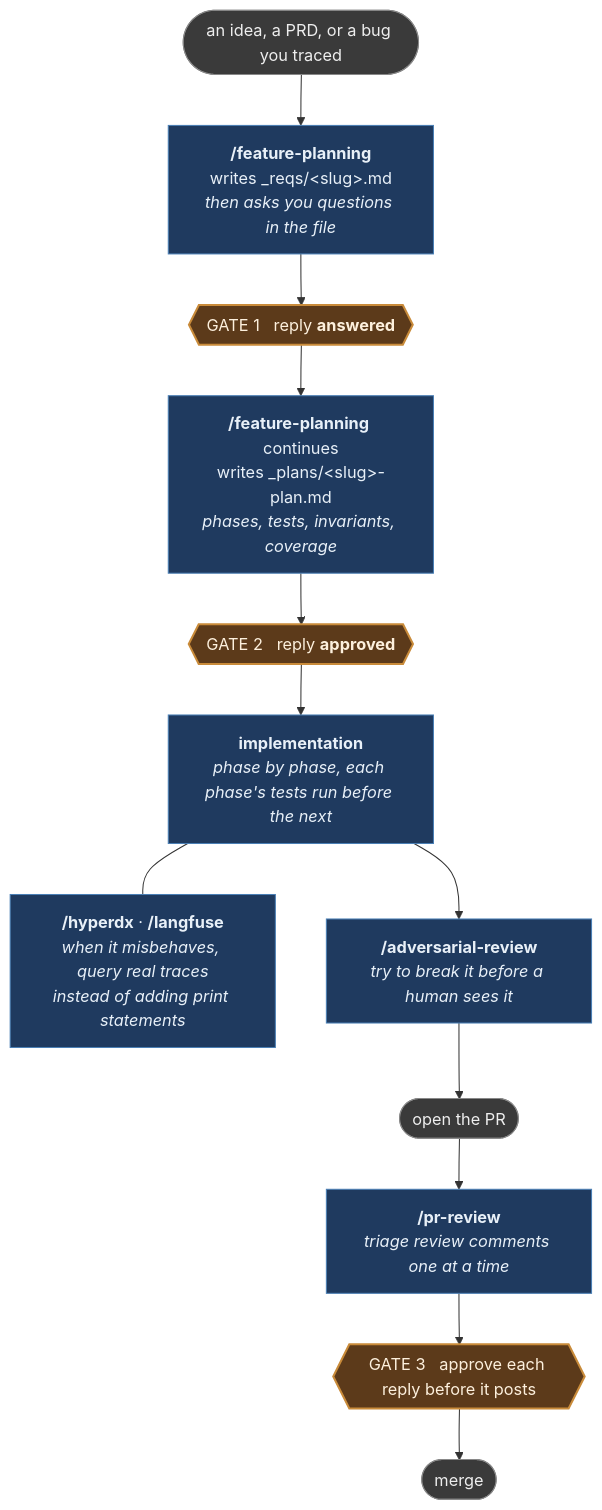
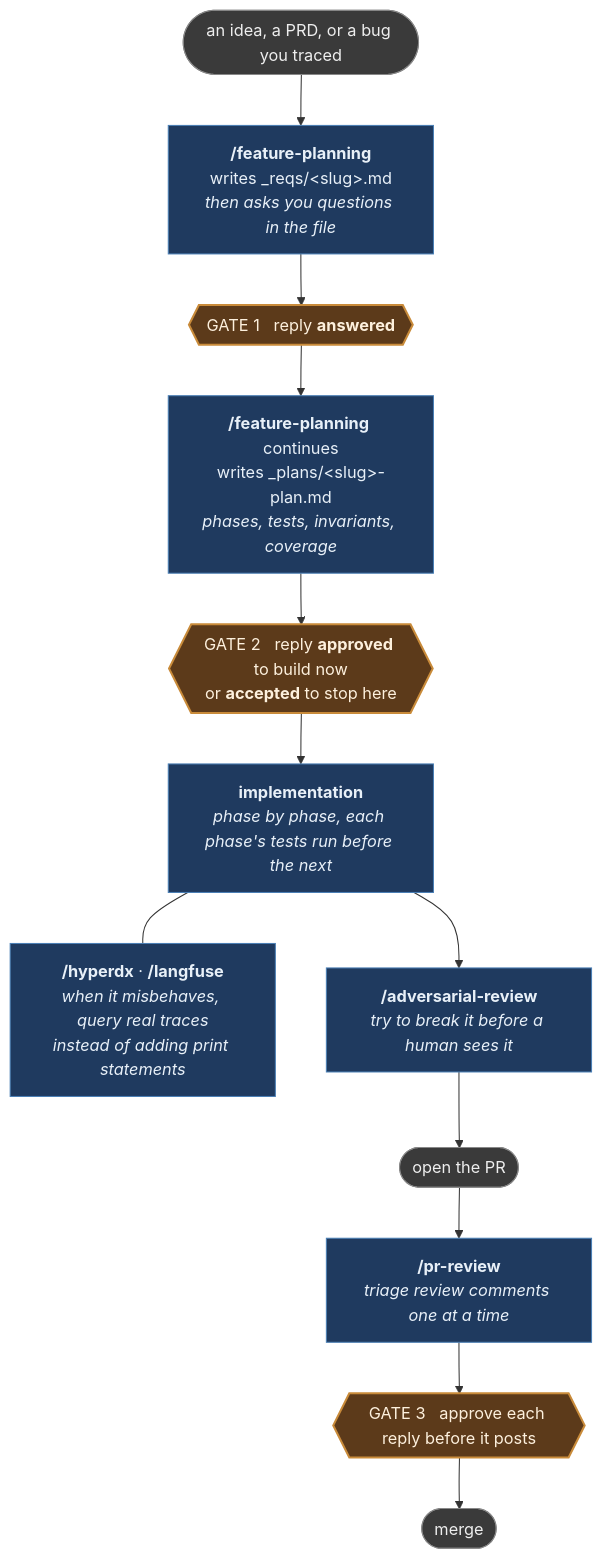
The diagram in README.md (LunarCommand/claude-skills), drawn with Mermaid before and after one commit. The commit also changed other lines of this file and 3 other files, not shown here.

````diff
--- a/README.md
+++ b/README.md
@@ -39,26 +39,26 @@
 ```mermaid
 flowchart TD
     idea(["an idea, a PRD, or a bug you traced"])
     fp1["<b>/feature-planning</b><br/>writes _reqs/&lt;slug&gt;.md<br/><i>then asks you questions in the file</i>"]
     g1{{"GATE 1 &nbsp; reply <b>answered</b>"}}
     fp2["<b>/feature-planning</b> continues<br/>writes _plans/&lt;slug&gt;-plan.md<br/><i>phases, tests, invariants, coverage</i>"]
-    g2{{"GATE 2 &nbsp; reply <b>approved</b>"}}
+    g2{{"GATE 2 &nbsp; reply <b>approved</b> to build now<br/>or <b>accepted</b> to stop here"}}
     impl["<b>implementation</b><br/><i>phase by phase, each phase's tests run before the next</i>"]
     dbg["<b>/hyperdx</b> &middot; <b>/langfuse</b><br/><i>when it misbehaves, query real traces<br/>instead of adding print statements</i>"]
     adv["<b>/adversarial-review</b><br/><i>try to break it before a human sees it</i>"]
     pr(["open the PR"])
     prr["<b>/pr-review</b><br/><i>triage review comments one at a time</i>"]
     g3{{"GATE 3 &nbsp; approve each reply before it posts"}}
     merge(["merge"])
 
     idea --> fp1 --> g1 --> fp2 --> g2 --> impl --> adv --> pr --> prr --> g3 --> merge
     impl --- dbg
 
     classDef skill fill:#1f3a5f,stroke:#4a7fb5,color:#e8f0f8
     classDef gate fill:#5c3a1a,stroke:#c98b3a,stroke-width:2px,color:#fdf0dd
     classDef artifact fill:#3a3a3a,stroke:#888,color:#eee
 
     class fp1,fp2,impl,adv,prr,dbg skill
     class g1,g2,g3 gate
     class idea,pr,merge artifact
 ```
````
